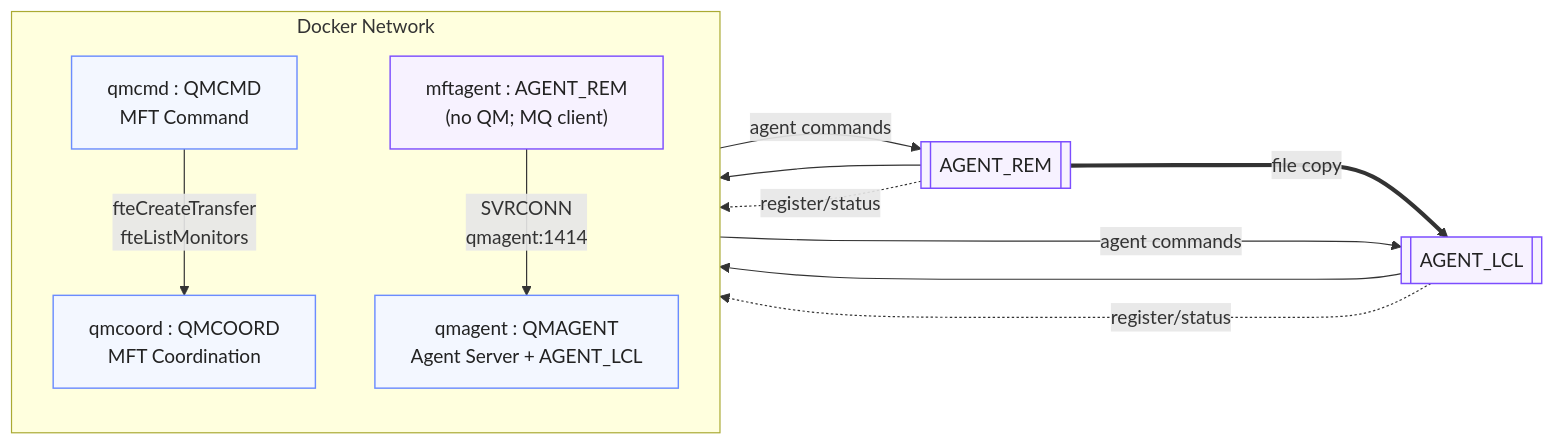
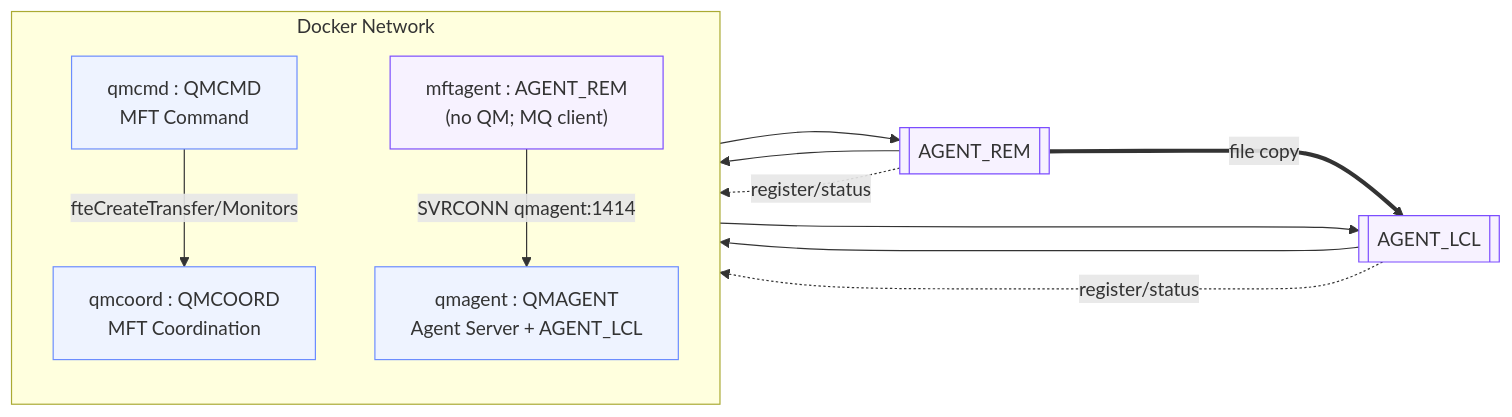
The second of 3 diagrams in README.md (aztekmq/ibmMQArchitectureLab), drawn with Mermaid before and after one commit. The commit also changed other lines of this file, not shown here.

````diff
--- a/README.md
+++ b/README.md
@@ -95,27 +174,21 @@
 ```mermaid
 flowchart LR
   subgraph Net["Docker Network"]
     direction TB
     QMCOORD["qmcoord : QMCOORD\nMFT Coordination"]:::qm
     QMCMD["qmcmd : QMCMD\nMFT Command"]:::qm
     QMAGENT["qmagent : QMAGENT\nAgent Server + AGENT_LCL"]:::qm
     AGENTREM["mftagent : AGENT_REM\n(no QM; MQ client)"]:::agent
   end
-
-  style QMCOORD fill:#f3f7ff,stroke:#6b8cff
-  style QMCMD fill:#f3f7ff,stroke:#6b8cff
-  style QMAGENT fill:#f3f7ff,stroke:#6b8cff
-  classDef qm stroke:#6b8cff,fill:#eef3ff,color:#222,stroke-width:1.2px
-  classDef agent stroke:#7c4dff,fill:#f7f2ff,color:#222,stroke-width:1.2px
-
+  classDef qm stroke:#6b8cff,fill:#eef3ff
+  classDef agent stroke:#7c4dff,fill:#f7f2ff
   AGENT_LCL[[AGENT_LCL]]:::agent --> QMAGENT
   AGENT_REM[[AGENT_REM]]:::agent --> AGENTREM
-
   AGENT_LCL -.register/status.-> QMCOORD
   AGENT_REM -.register/status.-> QMCOORD
-  QMCMD -->|fteCreateTransfer\nfteListMonitors| QMCOORD
-  QMCMD -->|agent commands| AGENT_LCL
-  QMCMD -->|agent commands| AGENT_REM
-  AGENTREM -->|SVRCONN\nqmagent:1414| QMAGENT
+  QMCMD -->|fteCreateTransfer/Monitors| QMCOORD
+  QMCMD --> AGENT_LCL
+  QMCMD --> AGENT_REM
+  AGENTREM -->|SVRCONN qmagent:1414| QMAGENT
   AGENT_REM ===>|file copy| AGENT_LCL
 ```
````
